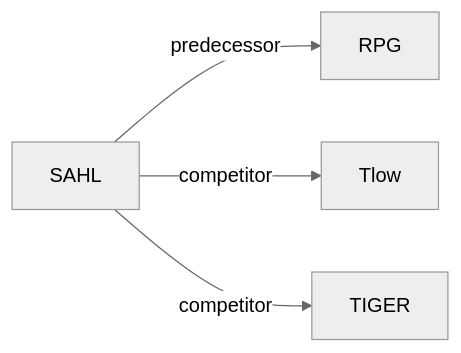
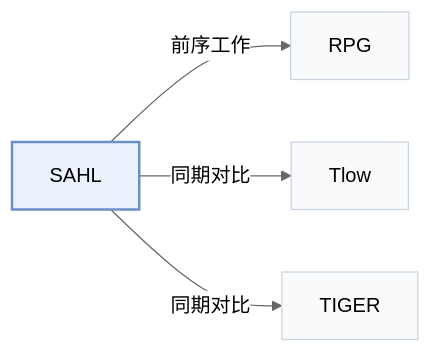
The second of 2 diagrams in pages/zh/papers/sahl.md (Galaxy-ghost/Awesome-SID-Generative-Rec), drawn with Mermaid (neutral theme) before and after one commit. The commit also changed other lines of this file and 649 other files, not shown here.

Commit message:
writer-05: also tags and modality index (schema, check, build, visuals); summary field removed; calibration data for 12 papers

````diff
--- a/pages/zh/papers/sahl.md
+++ b/pages/zh/papers/sahl.md
@@ -68,7 +74,11 @@
 ```mermaid
 flowchart LR
     P["SAHL"]
-    P -->|predecessor| A["RPG"]
-    P -->|competitor| B["Tlow"]
-    P -->|competitor| C["TIGER"]
+    P -->|"前序工作"| A["RPG"]
+    P -->|"同期对比"| B["Tlow"]
+    P -->|"同期对比"| C["TIGER"]
+    classDef main fill:#eaf2fb,stroke:#6b8fc7,stroke-width:2px
+    classDef peer fill:#f8fafc,stroke:#cbd5e1
+    class P main
+    class A,B,C peer
 ```
````
